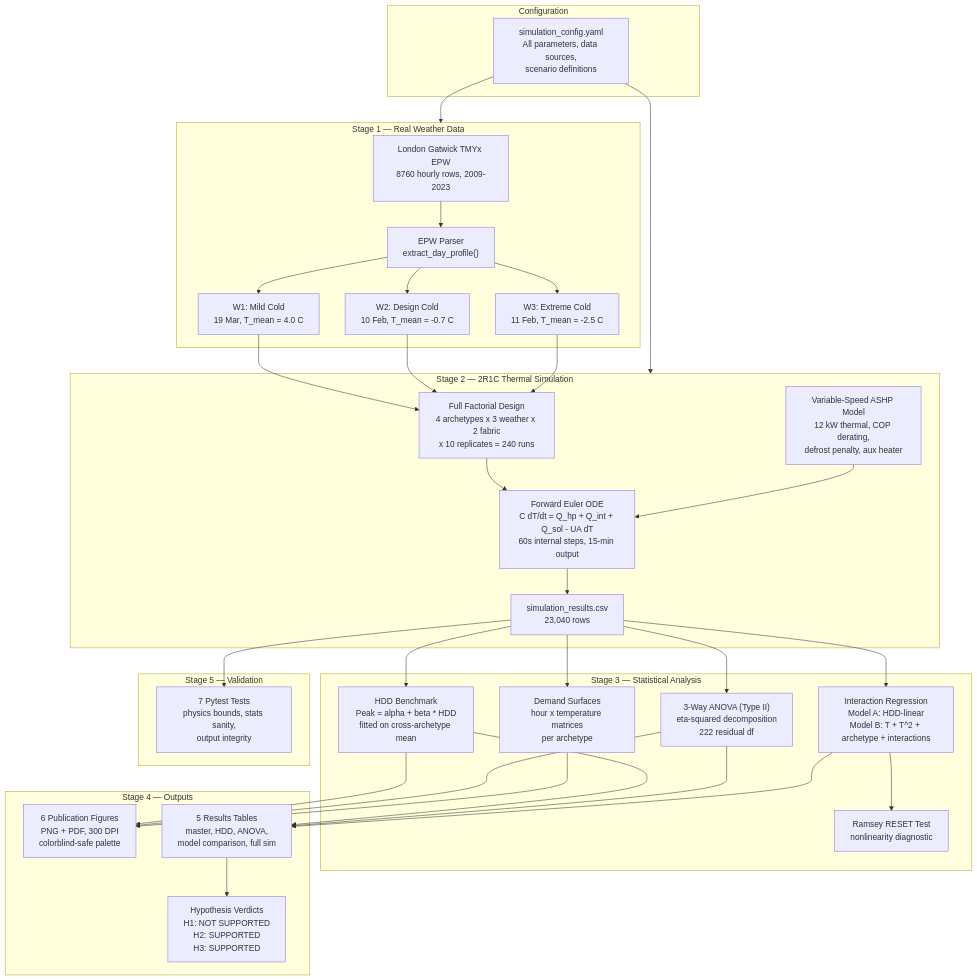
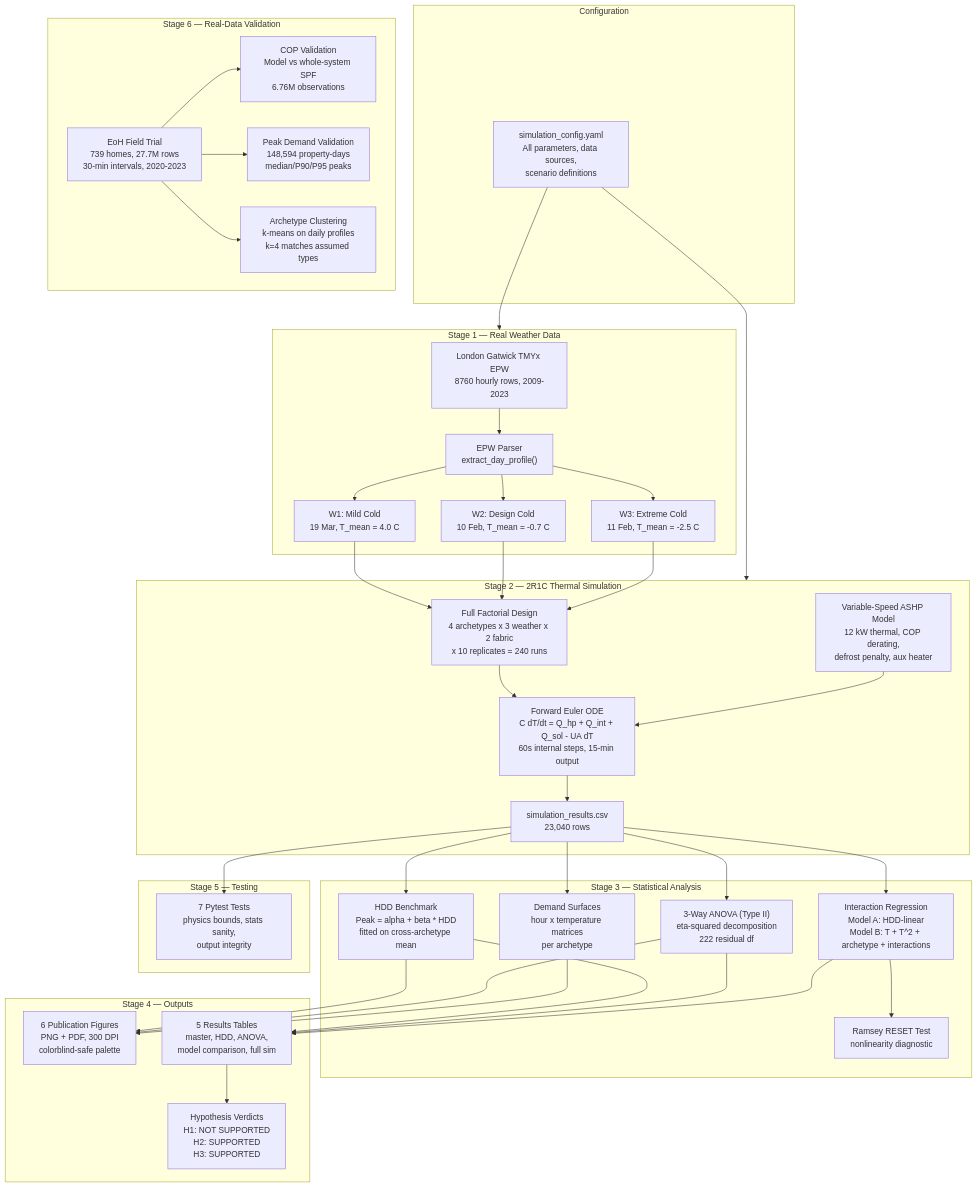
The diagram in README.md (younis-y/Heat-Pump-Peak-Demand-Modelling), drawn with Mermaid before and after one commit. The commit also changed other lines of this file and 8 other files, not shown here.

First line of the commit message:
Add validation pipeline against EoH field trial + interactive review notebook

````diff
--- a/README.md
+++ b/README.md
@@ -43,65 +44,75 @@
 ```mermaid
 flowchart TD
     subgraph S0["Configuration"]
         CFG["simulation_config.yaml<br/>All parameters, data sources,<br/>scenario definitions"]
     end
 
     subgraph S1["Stage 1 — Real Weather Data"]
         EPW["London Gatwick TMYx EPW<br/>8760 hourly rows, 2009-2023"]
         PARSE["EPW Parser<br/>extract_day_profile()"]
         W1["W1: Mild Cold<br/>19 Mar, T_mean = 4.0 C"]
         W2["W2: Design Cold<br/>10 Feb, T_mean = -0.7 C"]
         W3["W3: Extreme Cold<br/>11 Feb, T_mean = -2.5 C"]
         EPW --> PARSE
         PARSE --> W1
         PARSE --> W2
         PARSE --> W3
     end
 
     subgraph S2["Stage 2 — 2R1C Thermal Simulation"]
         FACTORIAL["Full Factorial Design<br/>4 archetypes x 3 weather x 2 fabric<br/>x 10 replicates = 240 runs"]
         ODE["Forward Euler ODE<br/>C dT/dt = Q_hp + Q_int + Q_sol - UA dT<br/>60s internal steps, 15-min output"]
         HP["Variable-Speed ASHP Model<br/>12 kW thermal, COP derating,<br/>defrost penalty, aux heater"]
         SIM["simulation_results.csv<br/>23,040 rows"]
         FACTORIAL --> ODE
         HP --> ODE
         ODE --> SIM
     end
 
     subgraph S3["Stage 3 — Statistical Analysis"]
         HDD["HDD Benchmark<br/>Peak = alpha + beta * HDD<br/>fitted on cross-archetype mean"]
         ANOVA["3-Way ANOVA (Type II)<br/>eta-squared decomposition<br/>222 residual df"]
         REG["Interaction Regression<br/>Model A: HDD-linear<br/>Model B: T + T^2 + archetype + interactions"]
         RESET["Ramsey RESET Test<br/>nonlinearity diagnostic"]
         SURF["Demand Surfaces<br/>hour x temperature matrices<br/>per archetype"]
     end
 
     subgraph S4["Stage 4 — Outputs"]
         FIG["6 Publication Figures<br/>PNG + PDF, 300 DPI<br/>colorblind-safe palette"]
         TAB["5 Results Tables<br/>master, HDD, ANOVA,<br/>model comparison, full sim"]
         VERDICT["Hypothesis Verdicts<br/>H1: NOT SUPPORTED<br/>H2: SUPPORTED<br/>H3: SUPPORTED"]
     end
 
-    subgraph S5["Stage 5 — Validation"]
+    subgraph S5["Stage 5 — Testing"]
         TEST["7 Pytest Tests<br/>physics bounds, stats sanity,<br/>output integrity"]
+    end
+
+    subgraph S6["Stage 6 — Real-Data Validation"]
+        EOH["EoH Field Trial<br/>739 homes, 27.7M rows<br/>30-min intervals, 2020-2023"]
+        COPV["COP Validation<br/>Model vs whole-system SPF<br/>6.76M observations"]
+        PEAKV["Peak Demand Validation<br/>148,594 property-days<br/>median/P90/P95 peaks"]
+        ARCHV["Archetype Clustering<br/>k-means on daily profiles<br/>k=4 matches assumed types"]
+        EOH --> COPV
+        EOH --> PEAKV
+        EOH --> ARCHV
     end
 
     CFG --> S1
     CFG --> S2
     W1 --> FACTORIAL
     W2 --> FACTORIAL
     W3 --> FACTORIAL
     SIM --> HDD
     SIM --> ANOVA
     SIM --> REG
     REG --> RESET
     SIM --> SURF
     HDD --> TAB
     ANOVA --> TAB
     REG --> TAB
     HDD --> FIG
     ANOVA --> FIG
     SURF --> FIG
     TAB --> VERDICT
     SIM --> TEST
 ```
````
